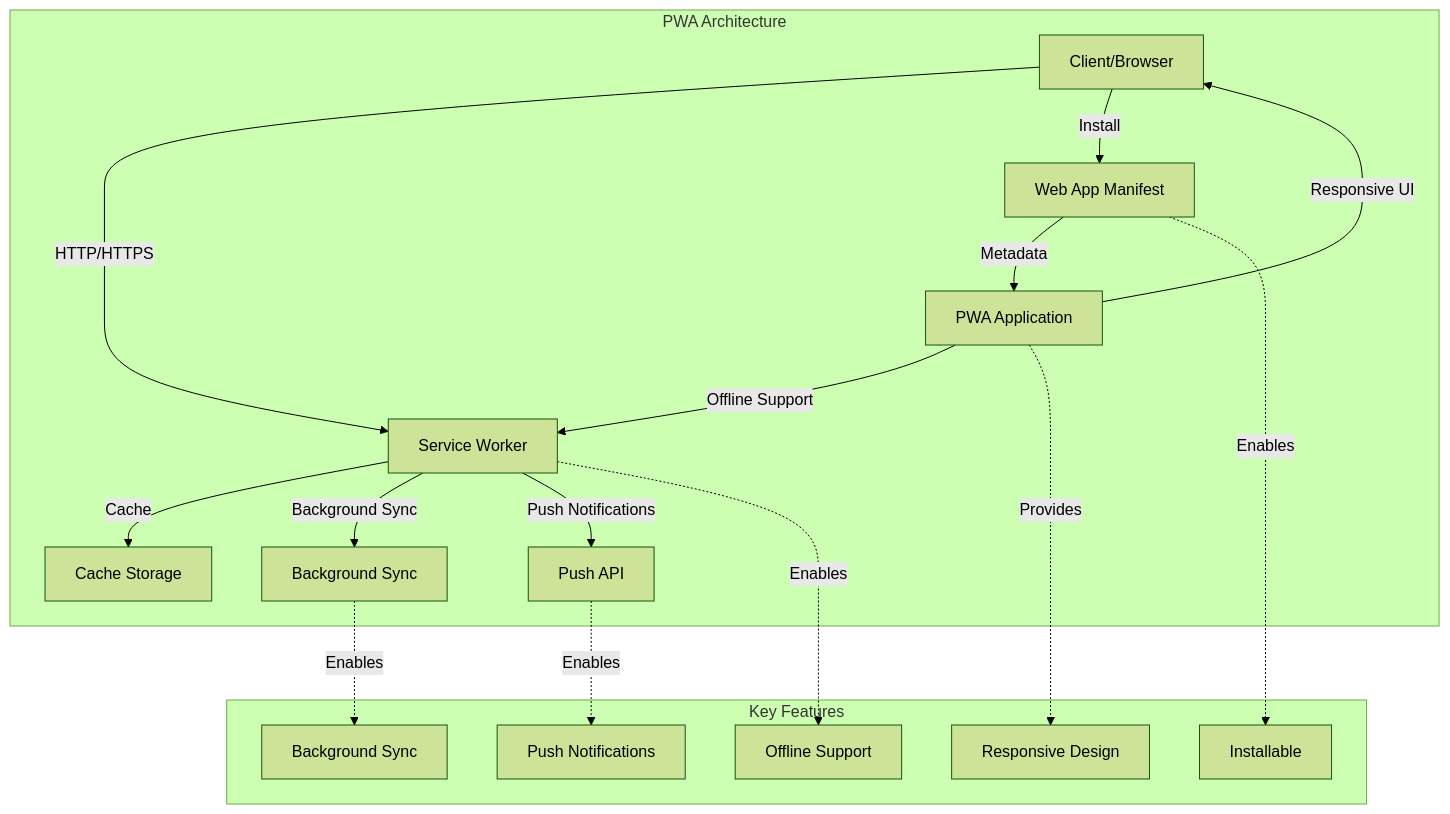
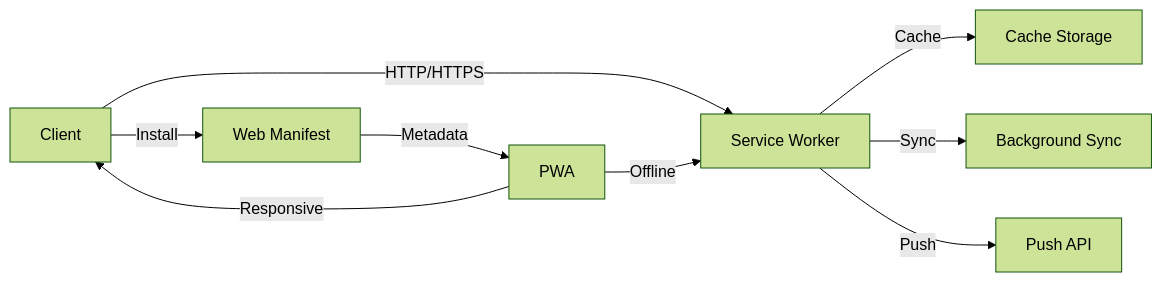
The third of 9 diagrams in docs/System Design Fundamental.md (arminzou/system-design-knowledge-base), drawn with Mermaid (forest theme) before and after one commit.

Commit message:
docs: update PWA architecture diagram for clarity and consistency

````diff
--- a/docs/System Design Fundamental.md
+++ b/docs/System Design Fundamental.md
@@ -125,28 +125,12 @@
     ```mermaid
-    flowchart TD
-        subgraph "PWA Architecture"
-            Client[Client/Browser] -->|HTTP/HTTPS| ServiceWorker[Service Worker]
-            ServiceWorker -->|Cache| CacheStorage[Cache Storage]
-            ServiceWorker -->|Background Sync| BackgroundSync[Background Sync]
-            ServiceWorker -->|Push Notifications| PushAPI[Push API]
+    flowchart LR
+        Client[Client] -->|HTTP/HTTPS| SW[Service Worker]
+        SW -->|Cache| CS[Cache Storage]
+        SW -->|Sync| BS[Background Sync]
+        SW -->|Push| PN[Push API]
 
-            Client -->|Install| Manifest[Web App Manifest]
-            Manifest -->|Metadata| App[PWA Application]
-            App -->|Offline Support| ServiceWorker
-            App -->|Responsive UI| Client
-        end
-
-        subgraph "Key Features"
-            Offline[Offline Support]
-            Install[Installable]
-            Push[Push Notifications]
-            Sync[Background Sync]
-            Responsive[Responsive Design]
-        end
-
-        ServiceWorker -.->|Enables| Offline
-        Manifest -.->|Enables| Install
-        PushAPI -.->|Enables| Push
-        BackgroundSync -.->|Enables| Sync
-        App -.->|Provides| Responsive
+        Client -->|Install| WM[Web Manifest]
+        WM -->|Metadata| App[PWA]
+        App -->|Offline| SW
+        App -->|Responsive| Client
     ```
````
